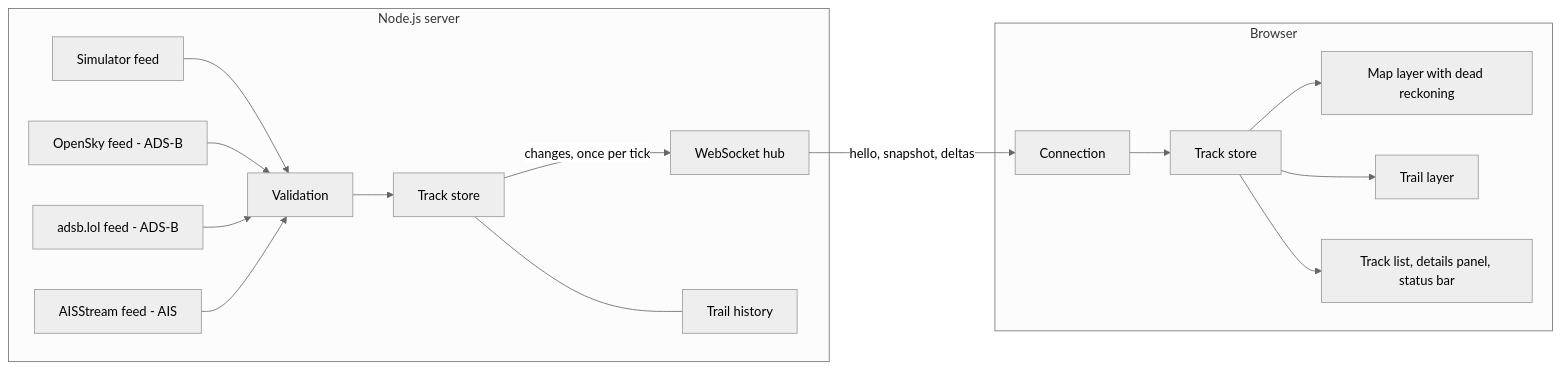
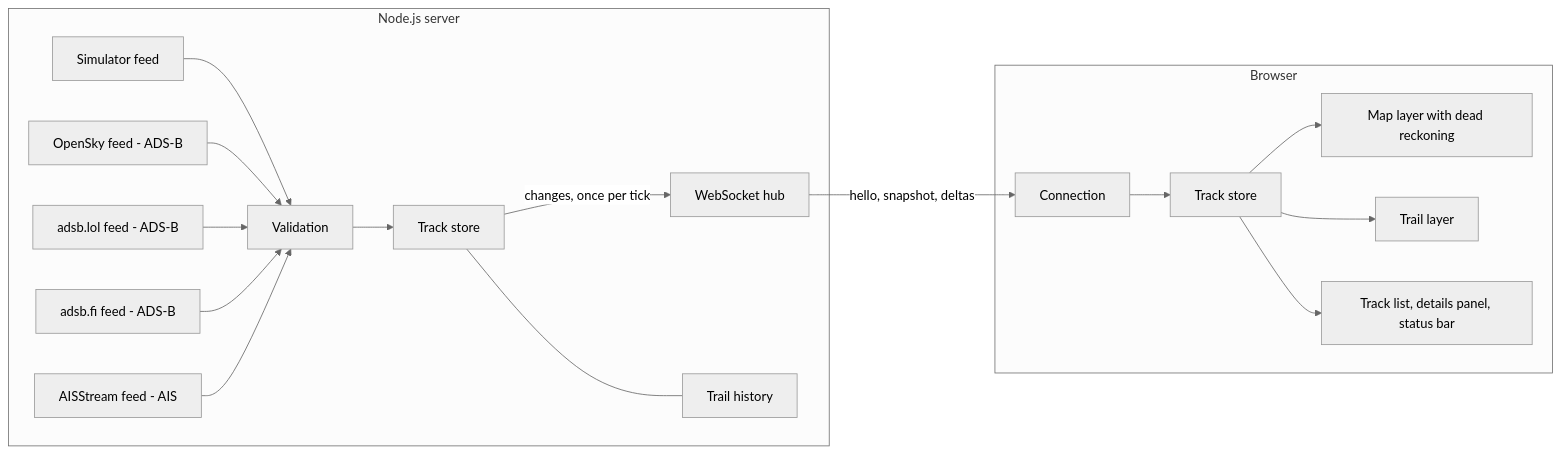
The diagram in README.md (AbrahamSabu/portfolio), drawn with Mermaid (neutral theme) before and after one commit. The commit also changed other lines of this file and 2 other files, not shown here.

Commit message:
Document adsb.fi beside adsb.lol

````diff
--- a/README.md
+++ b/README.md
@@ -94,19 +96,20 @@
 ```mermaid
 flowchart LR
   subgraph Server [Node.js server]
     SIM[Simulator feed] --> SINK
     ADSB[OpenSky feed - ADS-B] --> SINK
     ADSBLOL[adsb.lol feed - ADS-B] --> SINK
+    ADSBFI[adsb.fi feed - ADS-B] --> SINK
     AIS[AISStream feed - AIS] --> SINK
     SINK[Validation] --> STORE[Track store]
     STORE -->|changes, once per tick| HUB[WebSocket hub]
     STORE --- HIST[Trail history]
   end
   HUB -->|hello, snapshot, deltas| CLIENT
   subgraph Browser
     CLIENT[Connection] --> CSTORE[Track store]
     CSTORE --> LAYER[Map layer with dead reckoning]
     CSTORE --> TRAILS[Trail layer]
     CSTORE --> PANEL[Track list, details panel, status bar]
   end
 ```
````
